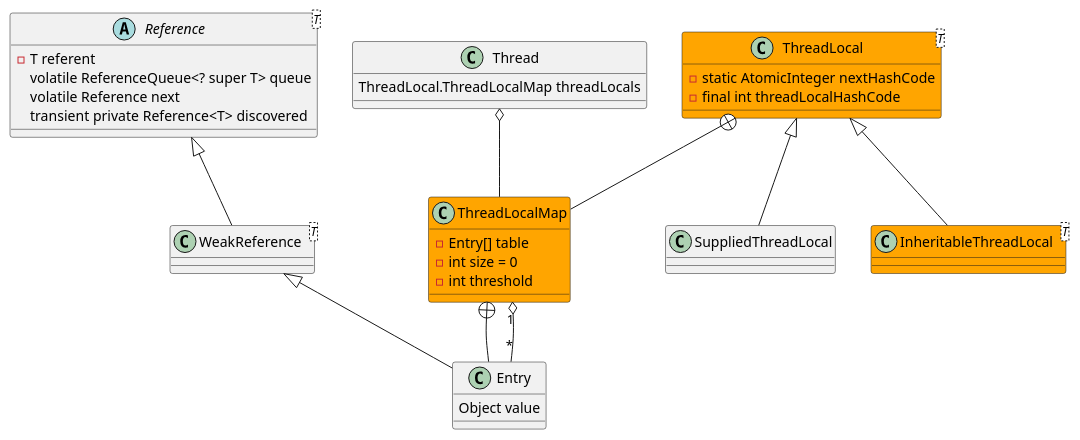
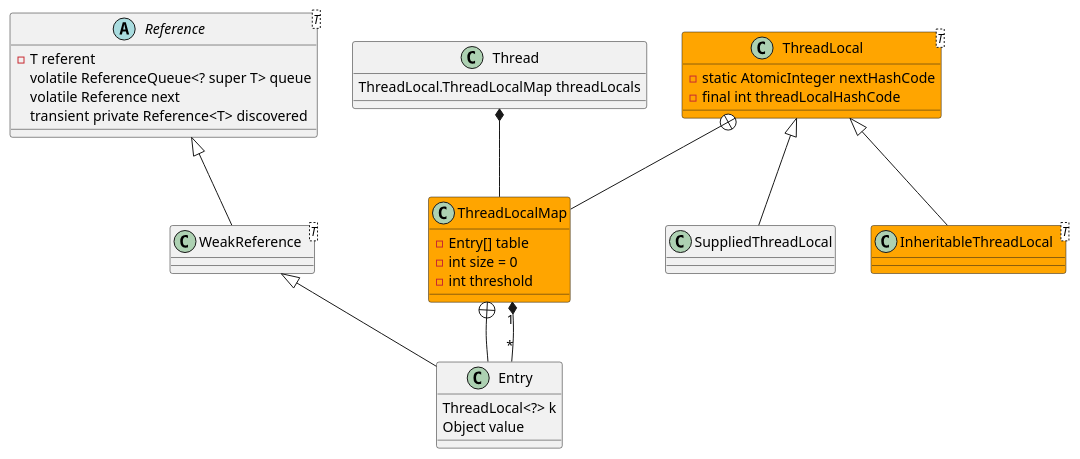
Before and after one commit to onlyonion/development: the diagram in docs/10-java/src/rt.jar.src/java/lang/ThreadLocal.md, drawn with PlantUML. The commit also changed other lines of this file and 26 other files, not shown here.

````diff
--- a/docs/10-java/src/rt.jar.src/java/lang/ThreadLocal.md
+++ b/docs/10-java/src/rt.jar.src/java/lang/ThreadLocal.md
@@ -24,49 +24,50 @@
 ```plantuml
 @startuml
 
 class Thread {
     ThreadLocal.ThreadLocalMap threadLocals
 }
-Thread o-- ThreadLocalMap
+Thread *-- ThreadLocalMap
 
 '''''''''''''''''''ThreadLocal-InheritableThreadLocal''''''''''''''''''''''''
 class ThreadLocal<T> #orange {
     - static AtomicInteger nextHashCode
     - final int threadLocalHashCode
 }
 
 ThreadLocal +-- ThreadLocalMap
 ThreadLocal ^-- SuppliedThreadLocal
 
 class InheritableThreadLocal<T> #orange
 ThreadLocal ^-- InheritableThreadLocal
 
 
 '''''''''''''''''''ThreadLocalMap''''''''''''''''''''''''
 class ThreadLocalMap #orange {
     - Entry[] table
     - int size = 0
     - int threshold
 }
 
 ThreadLocalMap +-- Entry
-ThreadLocalMap "1" o-- "*" Entry
+ThreadLocalMap "1" *-- "*" Entry
 
 '''''''''''''''''''Entry''''''''''''''''''''''''
 abstract class Reference<T> {
     - T referent
     volatile ReferenceQueue<? super T> queue
     volatile Reference next
     transient private Reference<T> discovered
 }
 
 class WeakReference<T>
 class Entry {
+    ThreadLocal<?> k
     Object value
 }
 
 Reference ^-- WeakReference
 WeakReference ^-- Entry
 
 @enduml
 ```
````
